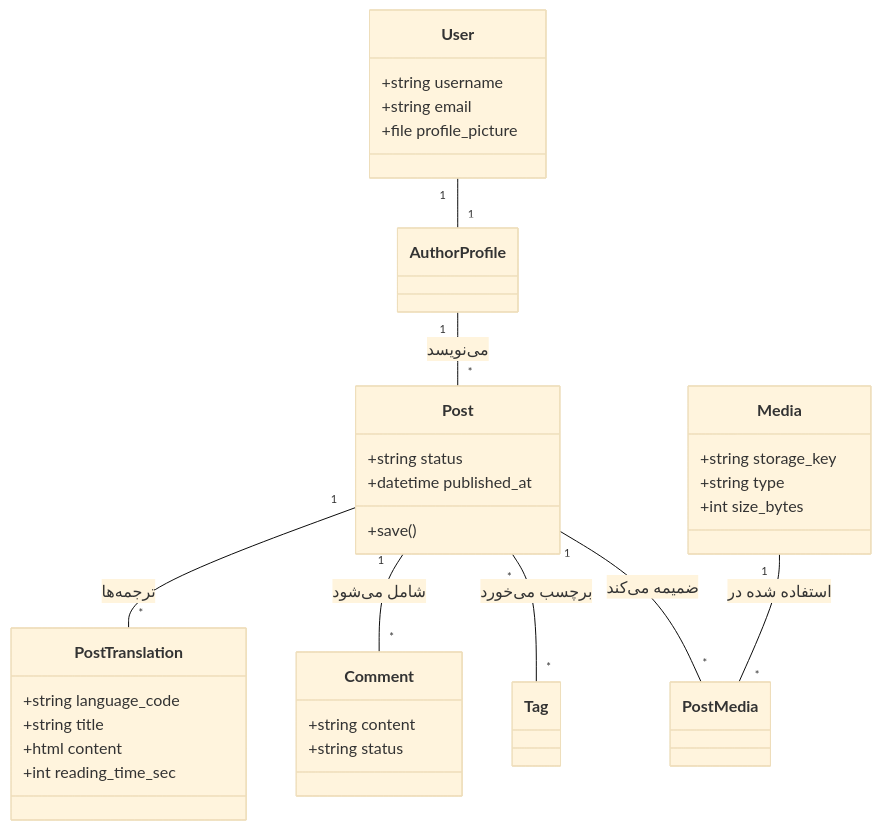
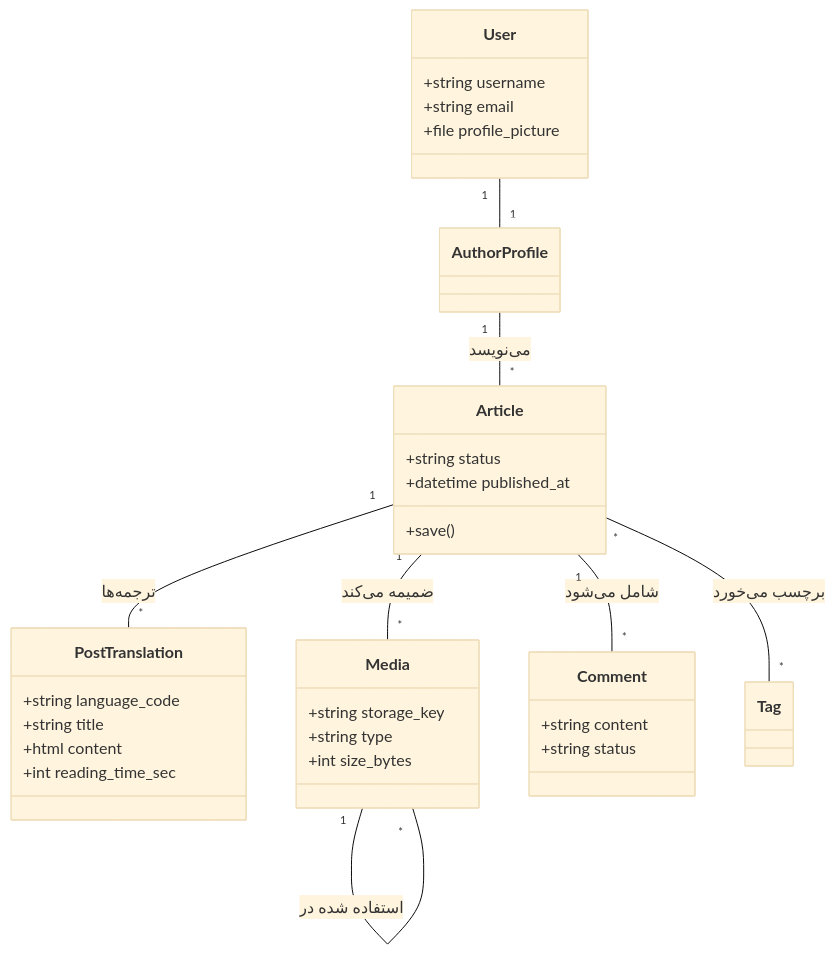
One commit to amirhossein-moloki/Blog changed the second of 4 diagrams in COMPREHENSIVE_ARCHITECTURE_FA.md. Above: the diagram before and after it, drawn with Mermaid (base theme). The commit also changed other lines of this file and 25 other files, not shown here.

Commit message:
sync: update API collections, openapi schemas, and docs with Article model and remove AVIF reference

````diff
--- a/COMPREHENSIVE_ARCHITECTURE_FA.md
+++ b/COMPREHENSIVE_ARCHITECTURE_FA.md
@@ -458,35 +458,35 @@
 ```mermaid
 classDiagram
     class User {
         +string username
         +string email
         +file profile_picture
     }
-    class Post {
+    class Article {
         +string status
         +datetime published_at
         +save()
     }
     class PostTranslation {
         +string language_code
         +string title
         +html content
         +int reading_time_sec
     }
     class Media {
         +string storage_key
         +string type
         +int size_bytes
     }
     class Comment {
         +string content
         +string status
     }
     User "1" -- "1" AuthorProfile
-    AuthorProfile "1" -- "*" Post : می‌نویسد
-    Post "1" -- "*" PostTranslation : ترجمه‌ها
-    Post "1" -- "*" Comment : شامل می‌شود
-    Post "*" -- "*" Tag : برچسب می‌خورد
-    Post "1" -- "*" PostMedia : ضمیمه می‌کند
-    Media "1" -- "*" PostMedia : استفاده شده در
+    AuthorProfile "1" -- "*" Article : می‌نویسد
+    Article "1" -- "*" PostTranslation : ترجمه‌ها
+    Article "1" -- "*" Comment : شامل می‌شود
+    Article "*" -- "*" Tag : برچسب می‌خورد
+    Article "1" -- "*" Media : ضمیمه می‌کند
+    Media "1" -- "*" Media : استفاده شده در
 ```
````
